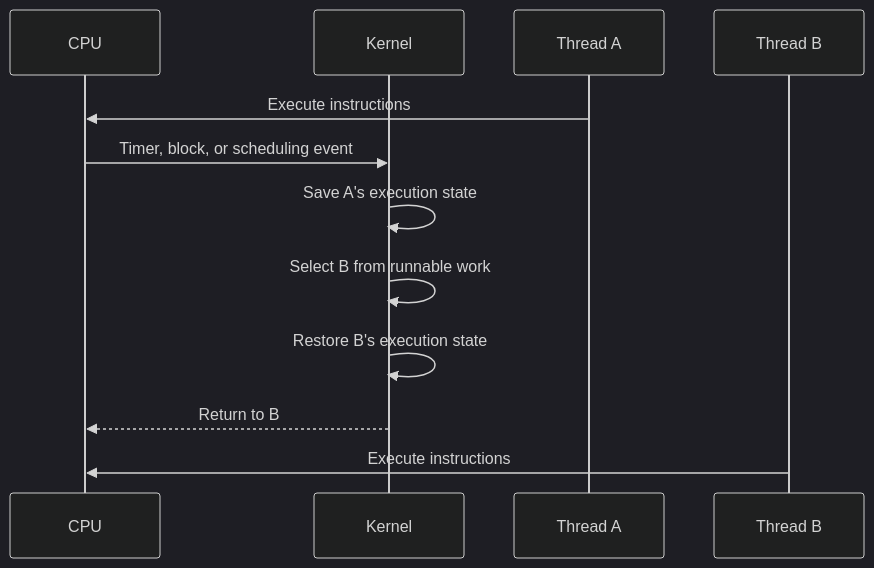
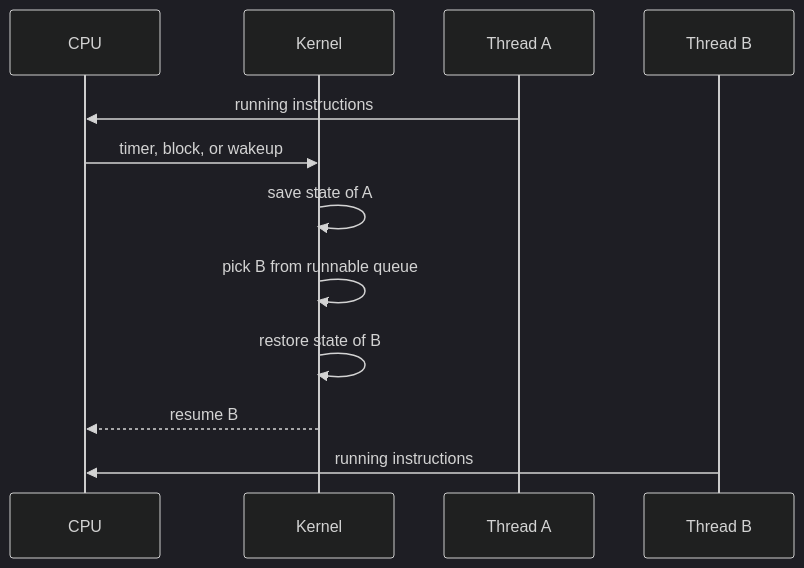
One commit to amrrdev/amrrdev.github.io changed the fourth of 5 diagrams in _posts/2026-08-23-cpu-scheduling-and-context-switching.md. Above: the diagram before and after it, drawn with Mermaid (dark theme). The commit also changed other lines of this file and 15 other files, not shown here.

````diff
--- a/_posts/2026-08-23-cpu-scheduling-and-context-switching.md
+++ b/_posts/2026-08-23-cpu-scheduling-and-context-switching.md
@@ -179,15 +127,15 @@
 ```mermaid
 sequenceDiagram
     participant CPU
     participant Kernel
     participant A as Thread A
     participant B as Thread B
 
-    A->>CPU: Execute instructions
-    CPU->>Kernel: Timer, block, or scheduling event
-    Kernel->>Kernel: Save A's execution state
-    Kernel->>Kernel: Select B from runnable work
-    Kernel->>Kernel: Restore B's execution state
-    Kernel-->>CPU: Return to B
-    B->>CPU: Execute instructions
+    A->>CPU: running instructions
+    CPU->>Kernel: timer, block, or wakeup
+    Kernel->>Kernel: save state of A
+    Kernel->>Kernel: pick B from runnable queue
+    Kernel->>Kernel: restore state of B
+    Kernel-->>CPU: resume B
+    B->>CPU: running instructions
 ```
````
